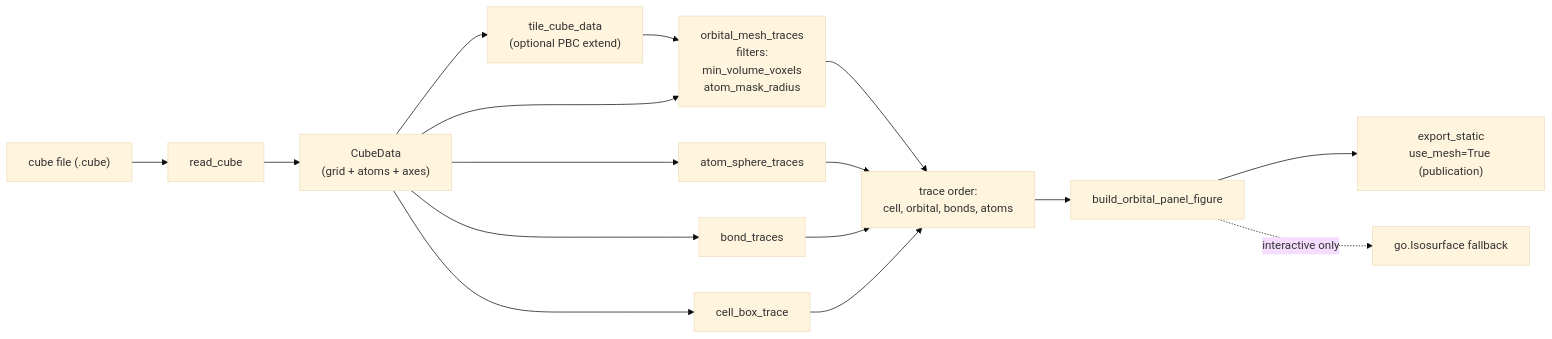
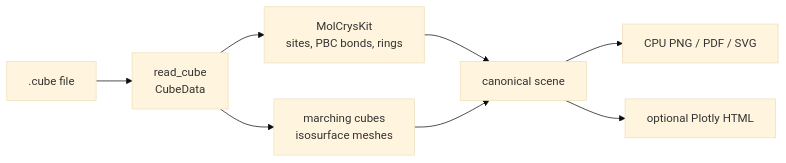
The diagram in docs/agents/cube_api.md (SchrodingersCattt/MatterVis), drawn with Mermaid (base theme) before and after one commit. The commit also changed other lines of this file and 62 other files, not shown here.

````diff
--- a/docs/agents/cube_api.md
+++ b/docs/agents/cube_api.md
@@ -10,18 +8,10 @@
 ```mermaid
 flowchart LR
-    CUBE["cube file (.cube)"] --> READ["read_cube"]
-    READ --> DATA["CubeData<br/>(grid + atoms + axes)"]
-    DATA --> TILE["tile_cube_data<br/>(optional PBC extend)"]
-    TILE --> CLEAN["orbital_mesh_traces<br/>filters:<br/>min_volume_voxels<br/>atom_mask_radius"]
-    DATA --> CLEAN
-    DATA --> ATOMS["atom_sphere_traces"]
-    DATA --> BONDS["bond_traces"]
-    DATA --> CELLT["cell_box_trace"]
-    CLEAN --> ORDER["trace order:<br/>cell, orbital, bonds, atoms"]
-    ATOMS --> ORDER
-    BONDS --> ORDER
-    CELLT --> ORDER
-    ORDER --> PANEL["build_orbital_panel_figure"]
-    PANEL --> EXPORT["export_static<br/>use_mesh=True (publication)"]
-    PANEL -. "interactive only" .-> ISO["go.Isosurface fallback"]
+    CUBE[".cube file"] --> IO["read_cube<br/>CubeData"]
+    IO --> MCK["MolCrysKit<br/>sites, PBC bonds, rings"]
+    IO --> MC["marching cubes<br/>isosurface meshes"]
+    MCK --> SCENE["canonical scene"]
+    MC --> SCENE
+    SCENE --> CPU["CPU PNG / PDF / SVG"]
+    SCENE --> PLOTLY["optional Plotly HTML"]
 ```
````
